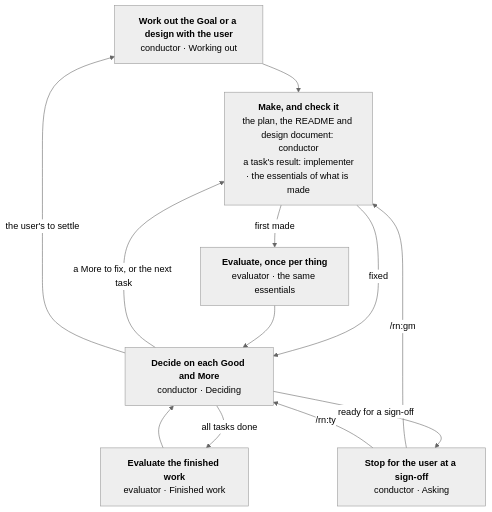
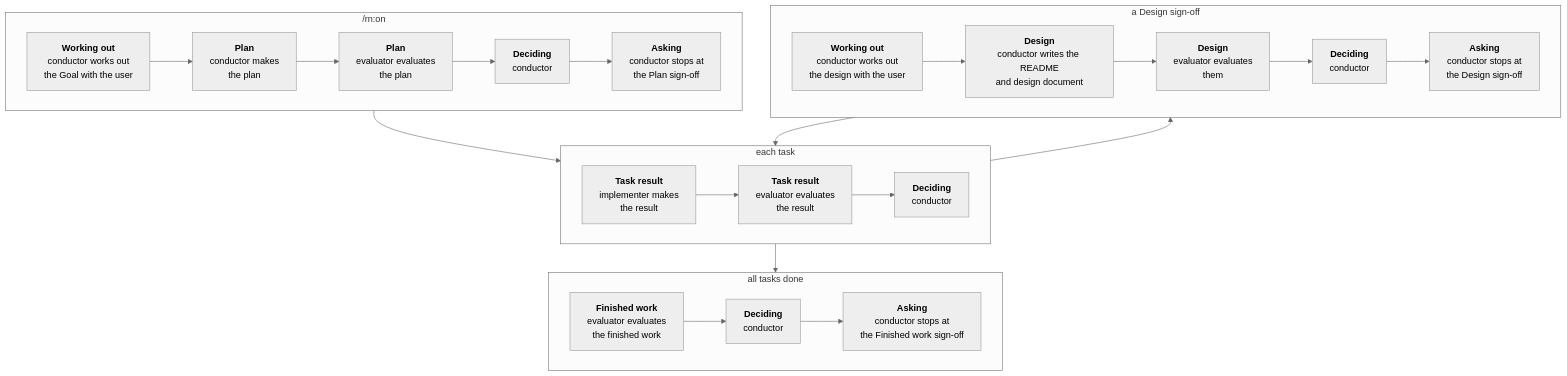
The second of 2 diagrams in rn/docs/design.md (lovaizu/ccpm), drawn with Mermaid (neutral theme) before and after one commit. The commit also changed other lines of this file, not shown here.

Commit message:
docs(rn): design.md — show the two sides of an essential, and when each part is used, as two diagrams

````diff
--- a/rn/docs/design.md
+++ b/rn/docs/design.md
@@ -52,21 +66,23 @@
 ```mermaid
 flowchart TD
-    Talk["<b>Work out the Goal or a design with the user</b><br/>conductor · Working out"]
-    Make["<b>Make, and check it</b><br/>the plan, the README and design document: conductor<br/>a task's result: implementer<br/>· the essentials of what is made"]
-    Eval["<b>Evaluate, once per thing</b><br/>evaluator · the same essentials"]
-    Fin["<b>Evaluate the finished work</b><br/>evaluator · Finished work"]
-    Decide["<b>Decide on each Good and More</b><br/>conductor · Deciding"]
-    Ask["<b>Stop for the user at a sign-off</b><br/>conductor · Asking"]
-
-    Talk --> Make
-    Make -->|first made| Eval
-    Make -->|fixed| Decide
-    Eval --> Decide
-    Fin --> Decide
-    Decide -->|a More to fix, or the next task| Make
-    Decide -->|all tasks done| Fin
-    Decide -->|the user's to settle| Talk
-    Decide -->|ready for a sign-off| Ask
-    Ask -->|/rn:gm| Make
-    Ask -->|/rn:ty| Decide
+    subgraph Start["/rn:on"]
+        direction LR
+        a1["<b>Working out</b><br/>conductor works out<br/>the Goal with the user"] --> a2["<b>Plan</b><br/>conductor makes<br/>the plan"] --> a3["<b>Plan</b><br/>evaluator evaluates<br/>the plan"] --> a4["<b>Deciding</b><br/>conductor"] --> a5["<b>Asking</b><br/>conductor stops at<br/>the Plan sign-off"]
+    end
+    subgraph Task["each task"]
+        direction LR
+        b1["<b>Task result</b><br/>implementer makes<br/>the result"] --> b2["<b>Task result</b><br/>evaluator evaluates<br/>the result"] --> b3["<b>Deciding</b><br/>conductor"]
+    end
+    subgraph Design["a Design sign-off"]
+        direction LR
+        c1["<b>Working out</b><br/>conductor works out<br/>the design with the user"] --> c2["<b>Design</b><br/>conductor writes the README<br/>and design document"] --> c3["<b>Design</b><br/>evaluator evaluates<br/>them"] --> c4["<b>Deciding</b><br/>conductor"] --> c5["<b>Asking</b><br/>conductor stops at<br/>the Design sign-off"]
+    end
+    subgraph Finish["all tasks done"]
+        direction LR
+        d1["<b>Finished work</b><br/>evaluator evaluates<br/>the finished work"] --> d2["<b>Deciding</b><br/>conductor"] --> d3["<b>Asking</b><br/>conductor stops at<br/>the Finished work sign-off"]
+    end
+    Start --> Task
+    Task --> Design
+    Design --> Task
+    Task --> Finish
 ```
````
